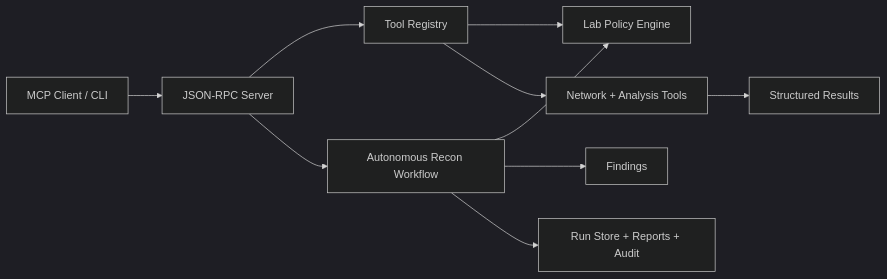
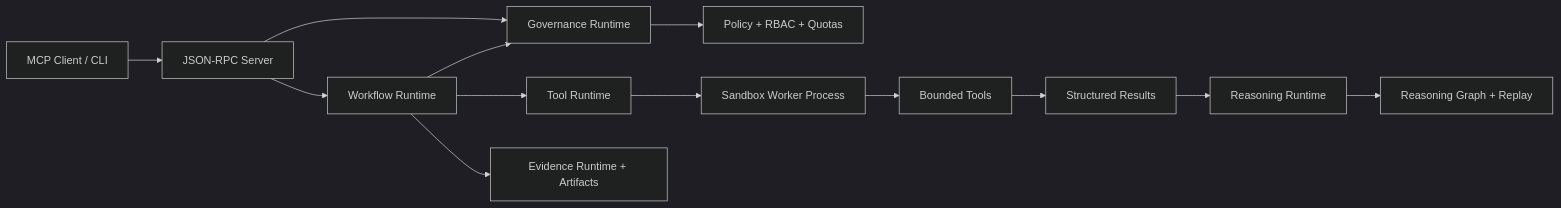
The diagram in README.md (Gokul0912/MCP_Security_Lab), drawn with Mermaid (dark theme) before and after one commit. The commit also changed other lines of this file and 56 other files, not shown here.

````diff
--- a/README.md
+++ b/README.md
@@ -164,12 +247,15 @@
 ```mermaid
 flowchart LR
     Client["MCP Client / CLI"] --> Server["JSON-RPC Server"]
-    Server --> Registry["Tool Registry"]
-    Server --> Workflow["Autonomous Recon Workflow"]
-    Workflow --> Policy["Lab Policy Engine"]
-    Registry --> Policy
-    Registry --> Tools["Network + Analysis Tools"]
+    Server --> Governance["Governance Runtime"]
+    Server --> Workflow["Workflow Runtime"]
+    Governance --> Policy["Policy + RBAC + Quotas"]
+    Workflow --> Governance
+    Workflow --> ToolRuntime["Tool Runtime"]
+    ToolRuntime --> Worker["Sandbox Worker Process"]
+    Worker --> Tools["Bounded Tools"]
     Tools --> Evidence["Structured Results"]
-    Workflow --> Findings["Findings"]
-    Workflow --> Store["Run Store + Reports + Audit"]
+    Evidence --> Reasoning["Reasoning Runtime"]
+    Reasoning --> Graph["Reasoning Graph + Replay"]
+    Workflow --> Store["Evidence Runtime + Artifacts"]
 ```
````
